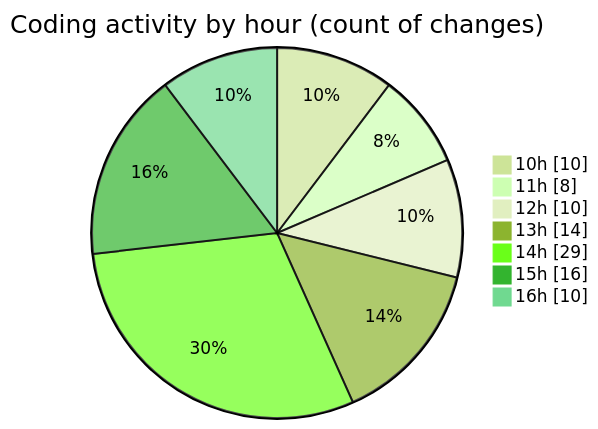
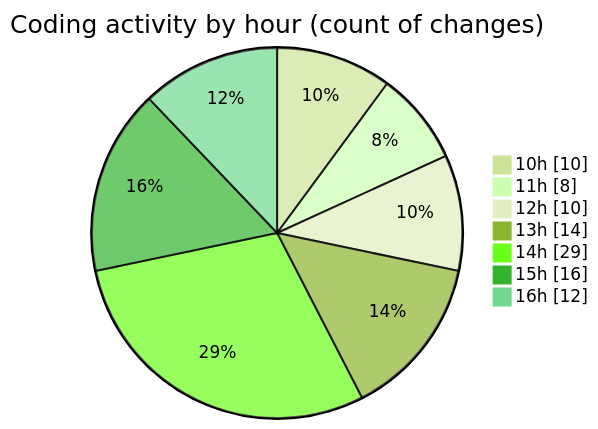
One commit to nxtqubesakshisongat/code-tracking changed the second of 2 diagrams in 2025-07-29/nxtqube_webapp/README.md. Above: the diagram before and after it, drawn with Mermaid (forest theme). The commit also changed other lines of this file and 1 other file, not shown here.

````diff
--- a/2025-07-29/nxtqube_webapp/README.md
+++ b/2025-07-29/nxtqube_webapp/README.md
@@ -39,11 +39,11 @@
 ```mermaid
 pie showData
 title Coding activity by hour (count of changes)
 "10h" : 10
 "11h" : 8
 "12h" : 10
 "13h" : 14
 "14h" : 29
 "15h" : 16
-"16h" : 10
+"16h" : 12
 ```
````
